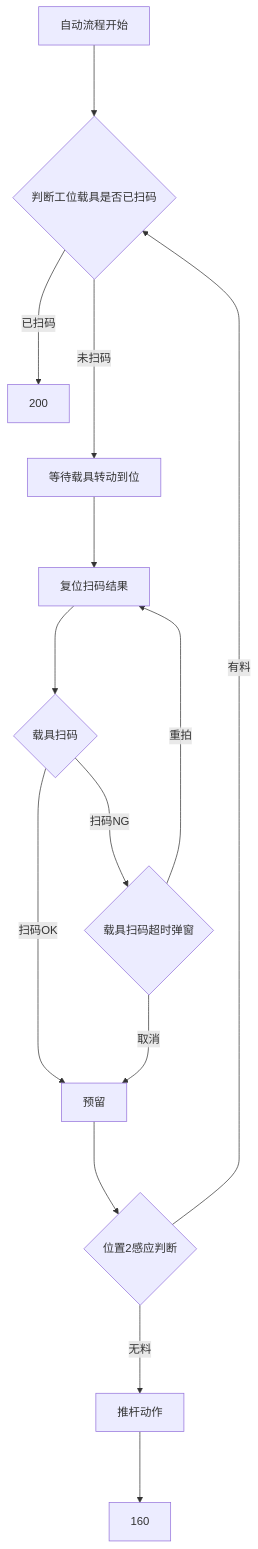
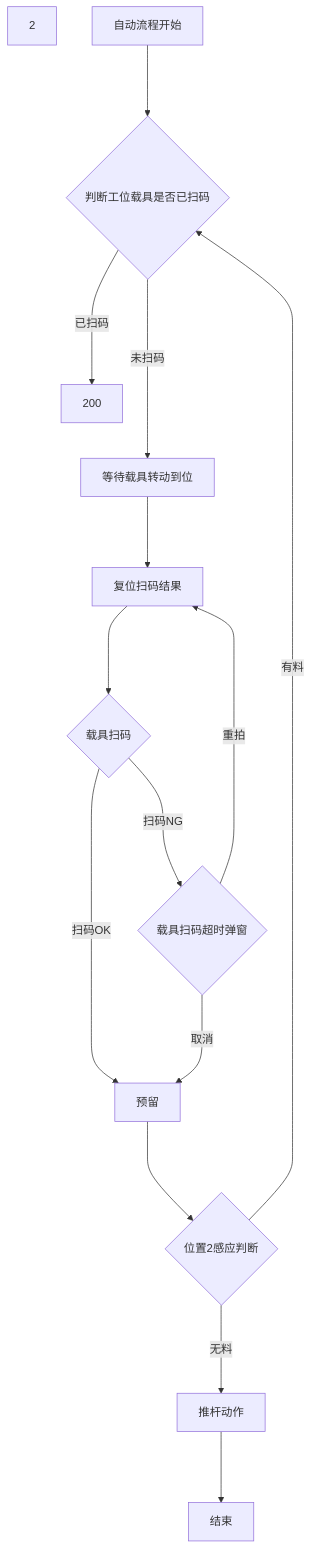
Before and after one commit to zmq000/iodraw-files: the diagram in all/OP70工位2短回流工位.md, drawn with Mermaid.

Commit message:
2026-06-17 15:58:33 update

````diff
--- a/all/OP70工位2短回流工位.md
+++ b/all/OP70工位2短回流工位.md
@@ -1,19 +1,20 @@
 ```mermaid
 graph TD
 自动流程开始--->
 10{判断工位载具是否已扫码}--->|已扫码|200
 10---->|未扫码|100
 100[等待载具转动到位]--->110
 110[复位扫码结果]--->120
 120{载具扫码}--->|扫码OK|130
 120--->|扫码NG|125
 125{载具扫码超时弹窗}--->|重拍|110
 125--->|取消|130
 130[预留]--->140
 140{位置2感应判断}--->|有料|10
 140--->|无料|150
 150[推杆动作]--->160
-160
+160[结束]
+2
 
   
 ```
````
